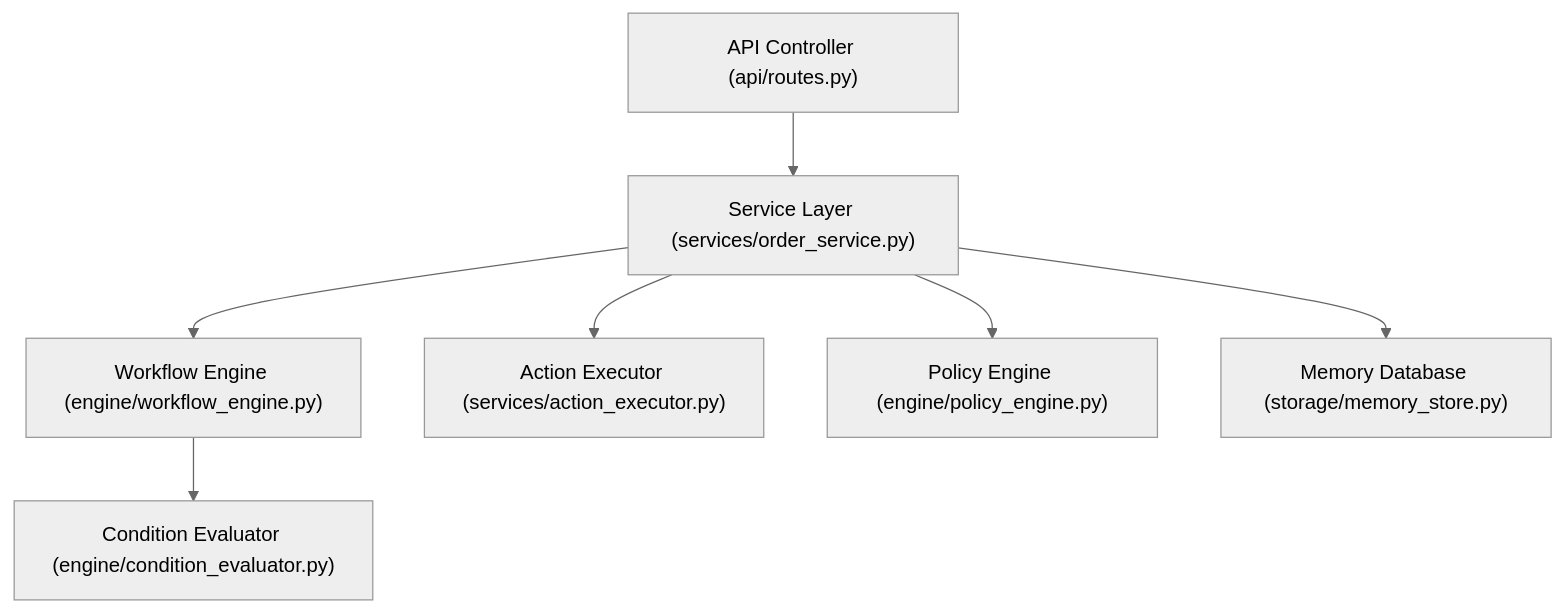
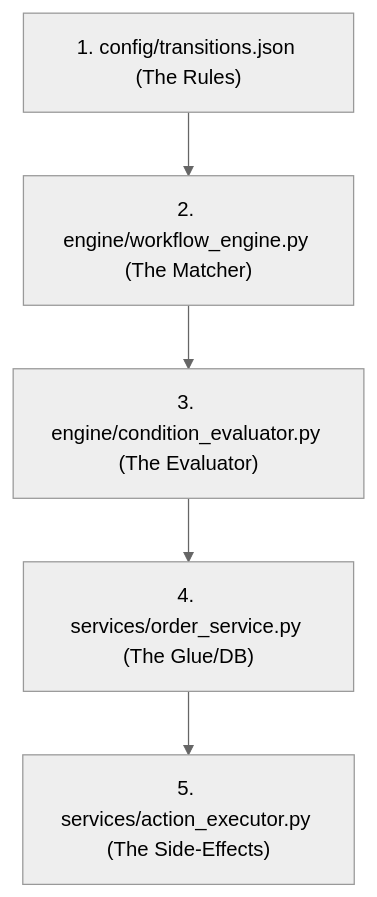
The diagram in docs/system_architecture_and_code_guide.md (s-samarawickrama/order-state-machine-demo), drawn with Mermaid (neutral theme) before and after one commit. The commit also changed other lines of this file and 12 other files, not shown here.

Commit message:
feat: migrate system to 2-FSM architecture with corrected payment flow and customer confirms label

````diff
--- a/docs/system_architecture_and_code_guide.md
+++ b/docs/system_architecture_and_code_guide.md
@@ -55,9 +40,7 @@
 ```mermaid
 graph TD
-    A["API Controller (api/routes.py)"] --> B["Service Layer (services/order_service.py)"]
-    B --> C["Workflow Engine (engine/workflow_engine.py)"]
-    C --> D["Condition Evaluator (engine/condition_evaluator.py)"]
-    B --> E["Action Executor (services/action_executor.py)"]
-    B --> F["Policy Engine (engine/policy_engine.py)"]
-    B --> G["Memory Database (storage/memory_store.py)"]
+    A["1. config/transitions.json (The Rules)"] --> B["2. engine/workflow_engine.py (The Matcher)"]
+    B --> C["3. engine/condition_evaluator.py (The Evaluator)"]
+    C --> D["4. services/order_service.py (The Glue/DB)"]
+    D --> E["5. services/action_executor.py (The Side-Effects)"]
 ```
````
